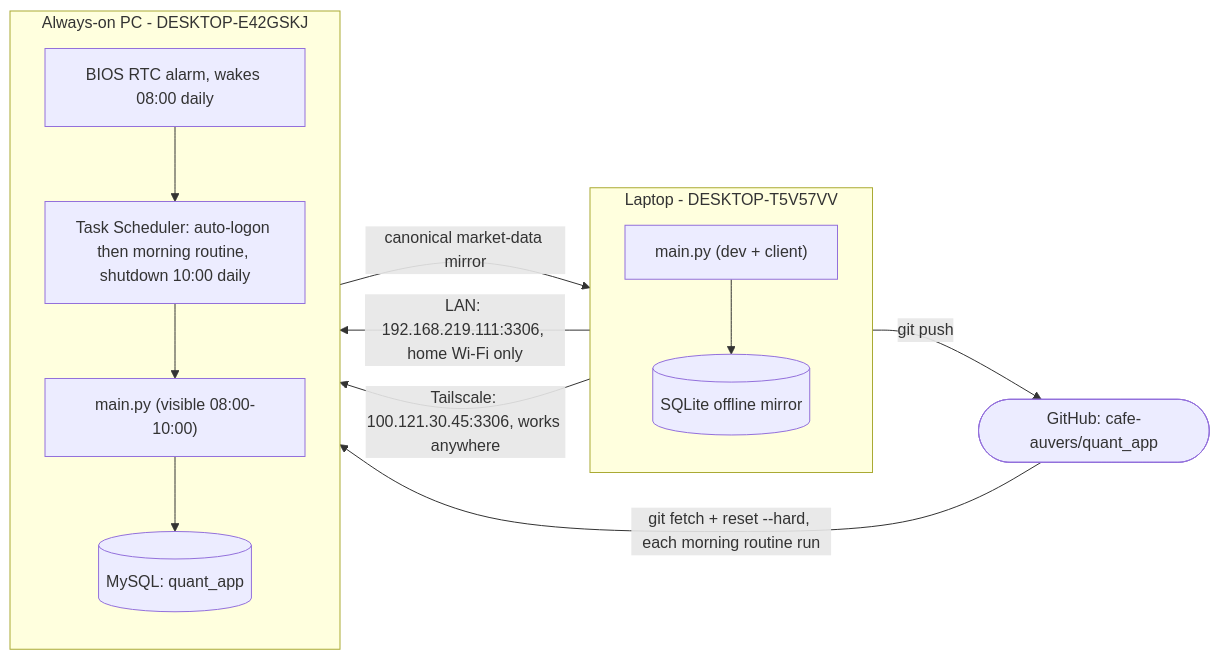
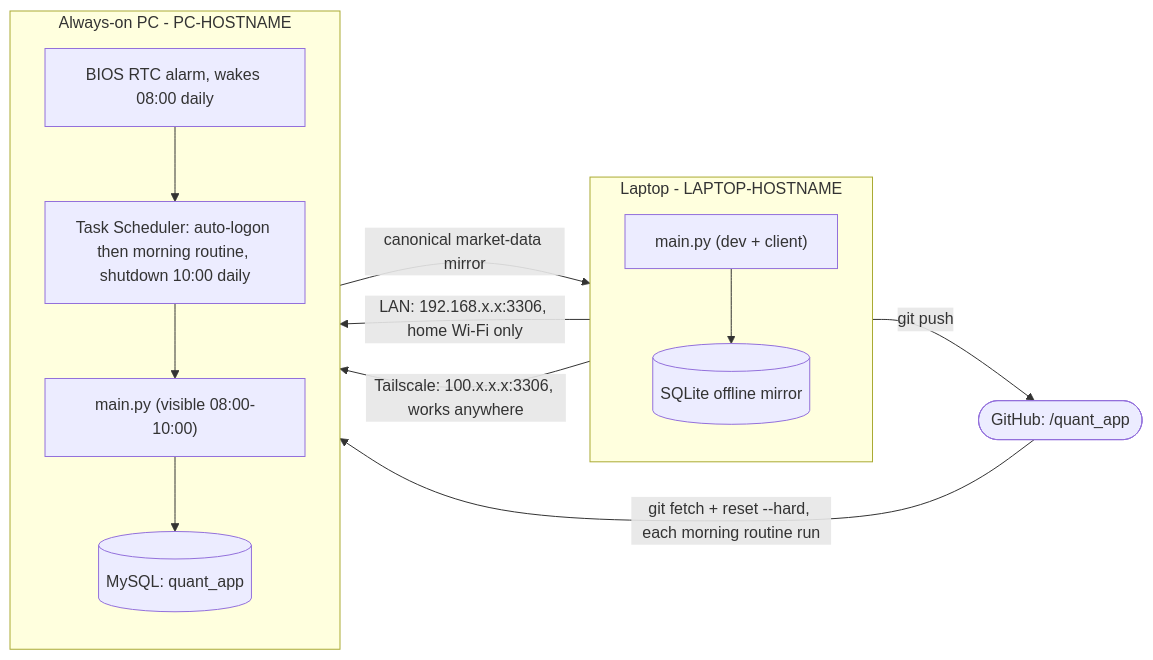
Before and after one commit to cafe-auvers/quant_app: the diagram in docs/pc_sync_data_pipeline.md, drawn with Mermaid. The commit also changed other lines of this file and 4 other files, not shown here.

````diff
--- a/docs/pc_sync_data_pipeline.md
+++ b/docs/pc_sync_data_pipeline.md
@@ -43,26 +51,26 @@
 ```mermaid
 flowchart LR
-  repo(["GitHub: cafe-auvers/quant_app"])
+  repo(["GitHub: <org>/quant_app"])
 
-  subgraph LAP["Laptop - DESKTOP-T5V57VV"]
+  subgraph LAP["Laptop - LAPTOP-HOSTNAME"]
     direction TB
     mainL["main.py (dev + client)"]
     mirror[("SQLite offline mirror")]
     mainL --> mirror
   end
 
-  subgraph PCBOX["Always-on PC - DESKTOP-E42GSKJ"]
+  subgraph PCBOX["Always-on PC - PC-HOSTNAME"]
     direction TB
     bios["BIOS RTC alarm, wakes 08:00 daily"]
     sched["Task Scheduler: auto-logon then morning routine, shutdown 10:00 daily"]
     mainP["main.py (visible 08:00-10:00)"]
     db[("MySQL: quant_app")]
     bios --> sched --> mainP --> db
   end
 
   mainL -- "git push" --> repo
   repo -- "git fetch + reset --hard, each morning routine run" --> sched
-  mainL -- "LAN: 192.168.219.111:3306, home Wi-Fi only" --> db
-  mainL -- "Tailscale: 100.121.30.45:3306, works anywhere" --> db
+  mainL -- "LAN: 192.168.x.x:3306, home Wi-Fi only" --> db
+  mainL -- "Tailscale: 100.x.x.x:3306, works anywhere" --> db
   db -- "canonical market-data mirror" --> mirror
 ```
````
